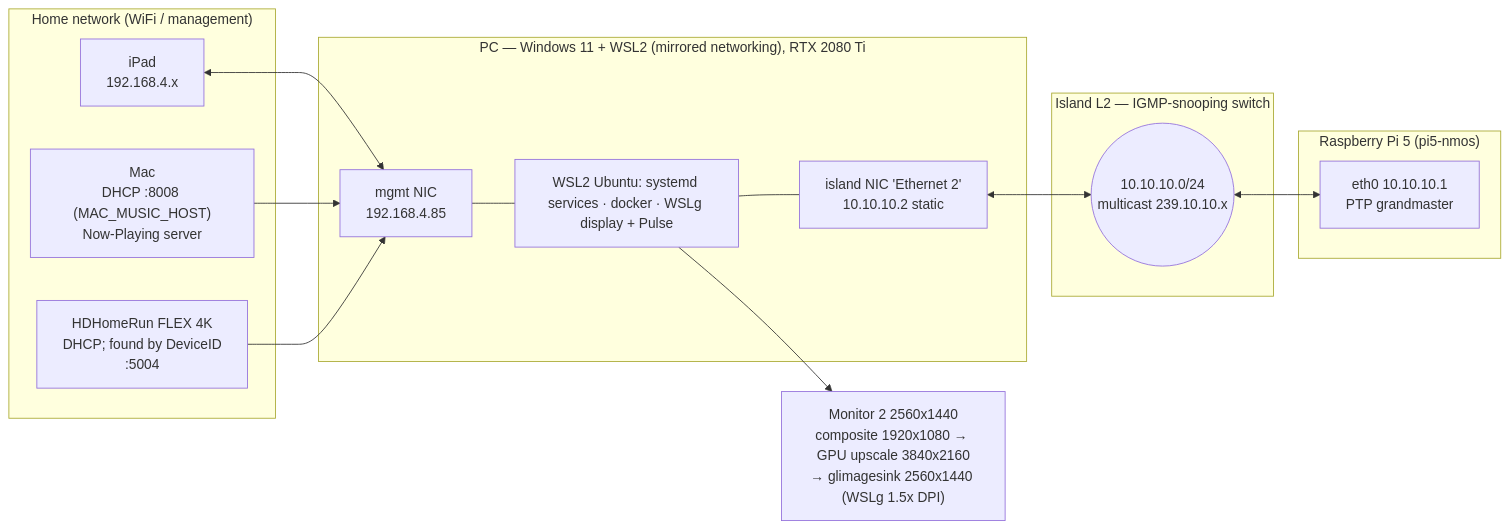
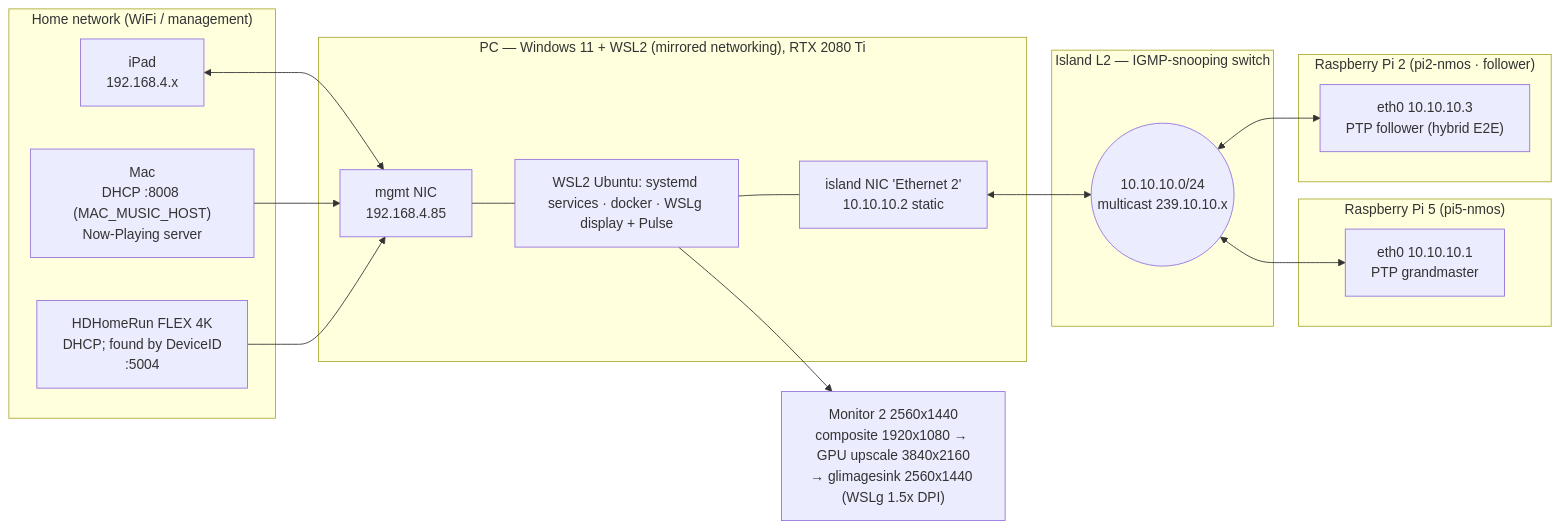
The second of 12 diagrams in docs/ARCHITECTURE.md (dgp1000/pi-nmos-st2110), drawn with Mermaid before and after one commit. The commit also changed other lines of this file and 2 other files, not shown here.

First line of the commit message:
docs: document the 2nd-Pi PTP follower demo

````diff
--- a/docs/ARCHITECTURE.md
+++ b/docs/ARCHITECTURE.md
@@ -110,33 +112,38 @@
 ```mermaid
 flowchart LR
   subgraph HOME["Home network (WiFi / management)"]
     ipad2["iPad<br/>192.168.4.x"]
     mac["Mac<br/>DHCP :8008 (MAC_MUSIC_HOST)<br/>Now-Playing server"]
     hdhr["HDHomeRun FLEX 4K<br/>DHCP; found by DeviceID<br/>:5004"]
   end
 
   subgraph PC["PC — Windows 11 + WSL2 (mirrored networking), RTX 2080 Ti"]
     wifi["mgmt NIC<br/>192.168.4.85"]
     eth2["island NIC 'Ethernet 2'<br/>10.10.10.2 static"]
     wsl["WSL2 Ubuntu: systemd services · docker · WSLg display + Pulse"]
   end
 
   subgraph ISL["Island L2 — IGMP-snooping switch"]
     sw(("10.10.10.0/24<br/>multicast 239.10.10.x"))
   end
 
   subgraph RPI["Raspberry Pi 5 (pi5-nmos)"]
     pieth["eth0 10.10.10.1<br/>PTP grandmaster"]
   end
 
+  subgraph RPI2["Raspberry Pi 2 (pi2-nmos · follower)"]
+    pi2eth["eth0 10.10.10.3<br/>PTP follower (hybrid E2E)"]
+  end
+
   mon2["Monitor 2 2560x1440<br/>composite 1920x1080 → GPU upscale 3840x2160<br/>→ glimagesink 2560x1440 (WSLg 1.5x DPI)"]
 
   ipad2 <--> wifi
   mac --> wifi
   hdhr --> wifi
   wifi --- wsl
   wsl --- eth2
   eth2 <--> sw
   sw <--> pieth
+  sw <--> pi2eth
   wsl --> mon2
 ```
````
